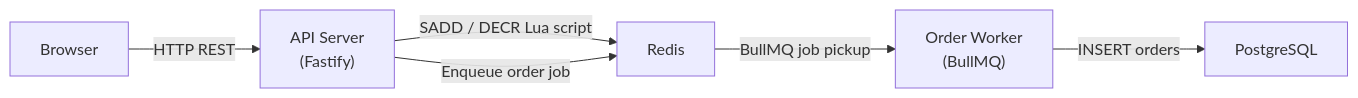
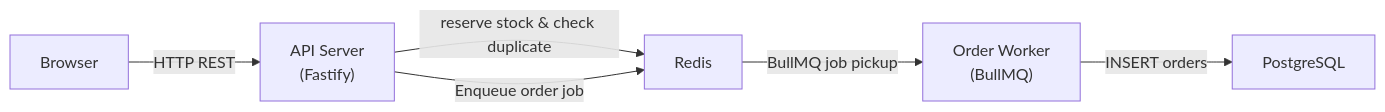
One commit to edharmowongso/flash-sale changed the first of 3 diagrams in README.md. Above: the diagram before and after it, drawn with Mermaid. The commit also changed other lines of this file, not shown here.

Commit message:
docs: simplify the terms of Redis

````diff
--- a/README.md
+++ b/README.md
@@ -11,8 +11,8 @@
 ```mermaid
 graph LR
     Browser -->|HTTP REST| API["API Server\n(Fastify)"]
-    API -->|SADD / DECR Lua script| Redis
+    API -->|reserve stock & check duplicate| Redis
     API -->|Enqueue order job| Redis
     Redis -->|BullMQ job pickup| Worker["Order Worker\n(BullMQ)"]
     Worker -->|INSERT orders| PostgreSQL
 ```
````
